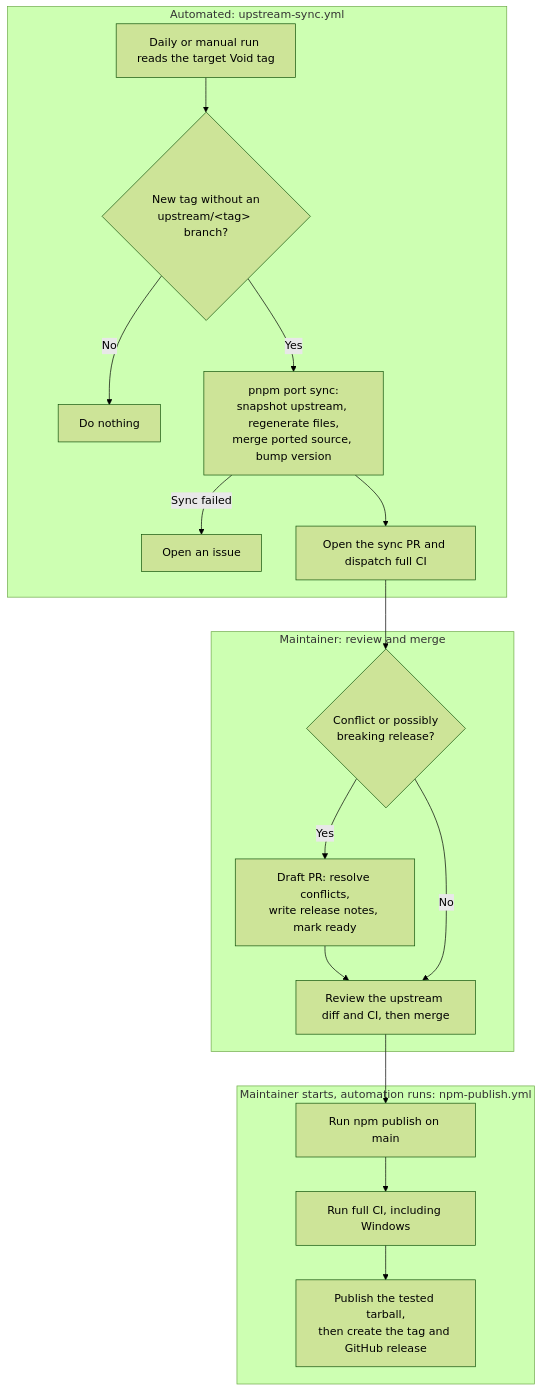
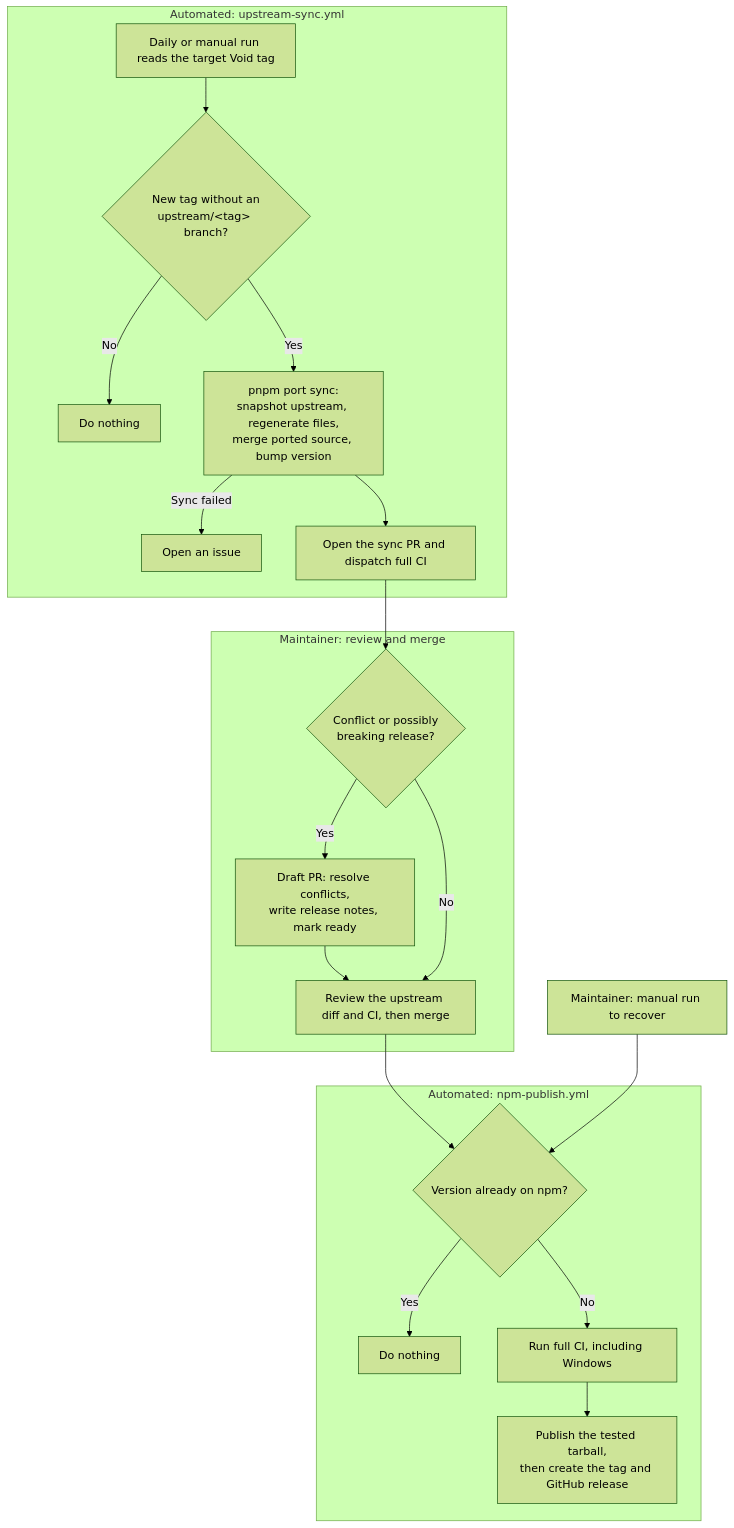
The diagram in docs/DESIGN.md (yujiym/void-preact), drawn with Mermaid (forest theme) before and after one commit. The commit also changed other lines of this file, not shown here.

Commit message:
docs: show publish on merge in the upstream flow diagram

````diff
--- a/docs/DESIGN.md
+++ b/docs/DESIGN.md
@@ -89,34 +89,37 @@
 ```mermaid
 flowchart TD
   subgraph sync["Automated: upstream-sync.yml"]
     check["Daily or manual run reads the target Void tag"]
     changed{"New tag without an<br/>upstream/&lt;tag&gt; branch?"}
     stop["Do nothing"]
     port["pnpm port sync:<br/>snapshot upstream, regenerate files,<br/>merge ported source, bump version"]
     issue["Open an issue"]
     pr["Open the sync PR and dispatch full CI"]
     check --> changed
     changed -- No --> stop
     changed -- Yes --> port
     port --> pr
     port -- Sync failed --> issue
   end
 
   subgraph review["Maintainer: review and merge"]
     needsWork{"Conflict or possibly<br/>breaking release?"}
     fix["Draft PR: resolve conflicts,<br/>write release notes, mark ready"]
     merge["Review the upstream diff and CI, then merge"]
     needsWork -- Yes --> fix --> merge
     needsWork -- No --> merge
   end
 
-  subgraph release["Maintainer starts, automation runs: npm-publish.yml"]
-    dispatch["Run npm publish on main"]
+  subgraph release["Automated: npm-publish.yml"]
+    published{"Version already on npm?"}
+    skip["Do nothing"]
     verify["Run full CI, including Windows"]
     publish["Publish the tested tarball,<br/>then create the tag and GitHub release"]
-    dispatch --> verify --> publish
+    published -- Yes --> skip
+    published -- No --> verify --> publish
   end
 
   pr --> needsWork
-  merge --> dispatch
+  merge --> published
+  recover["Maintainer: manual run to recover"] --> published
 ```
````
